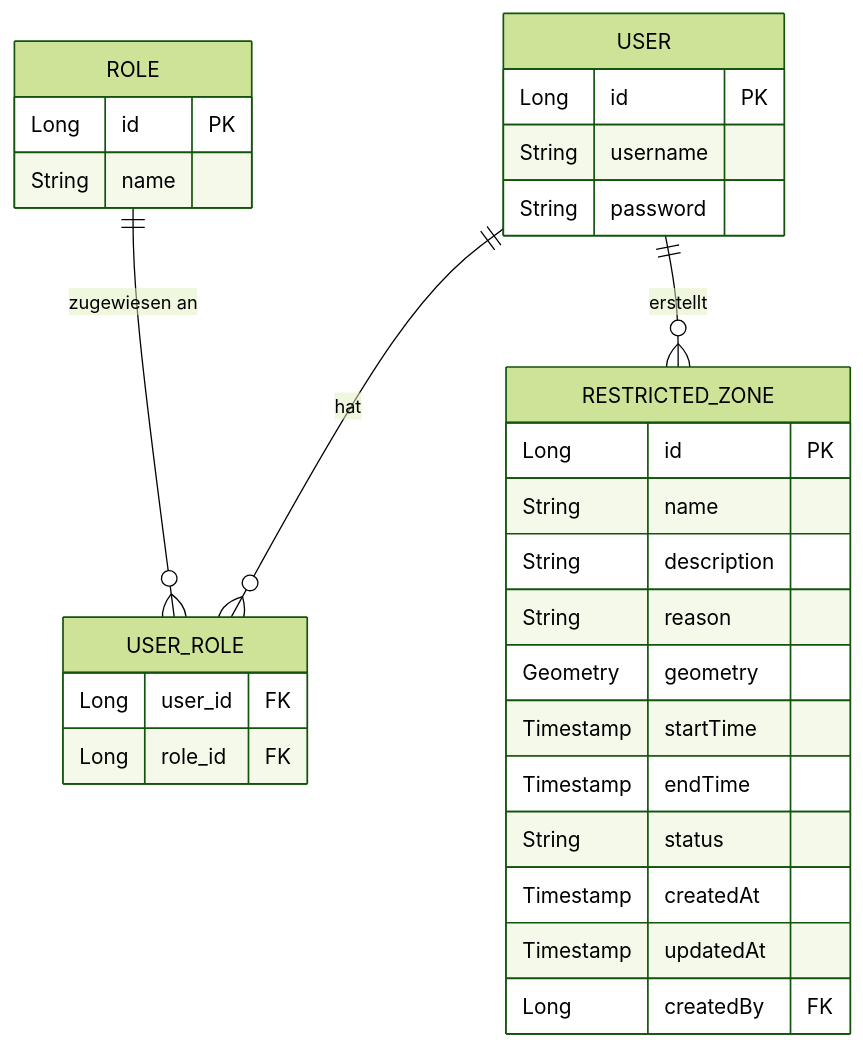
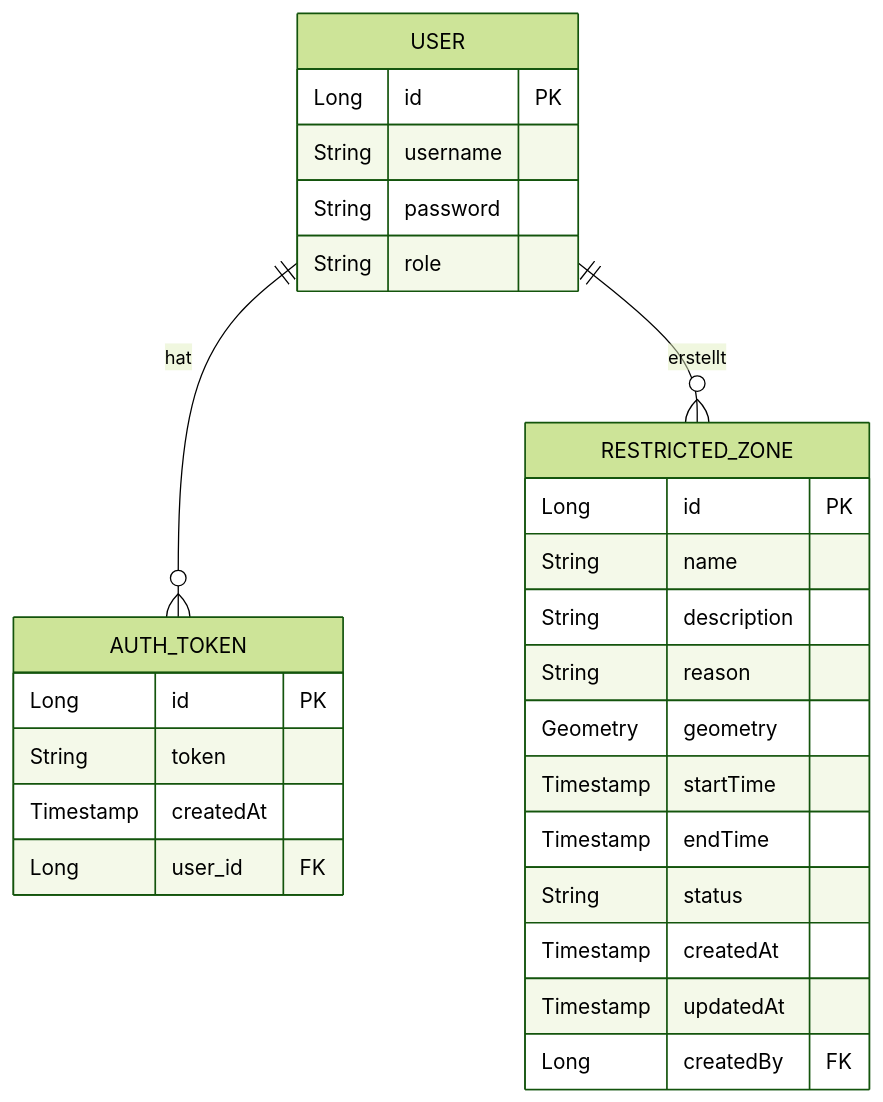
The first of 5 diagrams in docs/USER_MANAGEMENT.md (g8rdier/urban-flow-governance), drawn with Mermaid (forest theme) before and after one commit. The commit also changed other lines of this file and 1 other file, not shown here.

````diff
--- a/docs/USER_MANAGEMENT.md
+++ b/docs/USER_MANAGEMENT.md
@@ -3,36 +3,33 @@
 ```mermaid
 erDiagram
     USER {
         Long id PK
         String username
         String password
+		String role
     }
 
-    ROLE {
-        Long id PK
-        String name
+	AUTH_TOKEN {
+		Long id PK
+		String token
+		Timestamp createdAt
+		Long user_id FK
     }
 
-    USER_ROLE {
-        Long user_id FK
-        Long role_id FK
-    }
-
-    USER ||--o{ USER_ROLE : "hat"
-    ROLE ||--o{ USER_ROLE : "zugewiesen an"
+	USER ||--o{ AUTH_TOKEN : "hat"
     USER ||--o{ RESTRICTED_ZONE : "erstellt"
 
     RESTRICTED_ZONE {
         Long id PK
         String name
         String description
         String reason
         Geometry geometry
         Timestamp startTime
         Timestamp endTime
         String status
         Timestamp createdAt
         Timestamp updatedAt
         Long createdBy FK
     }
 ```
````
